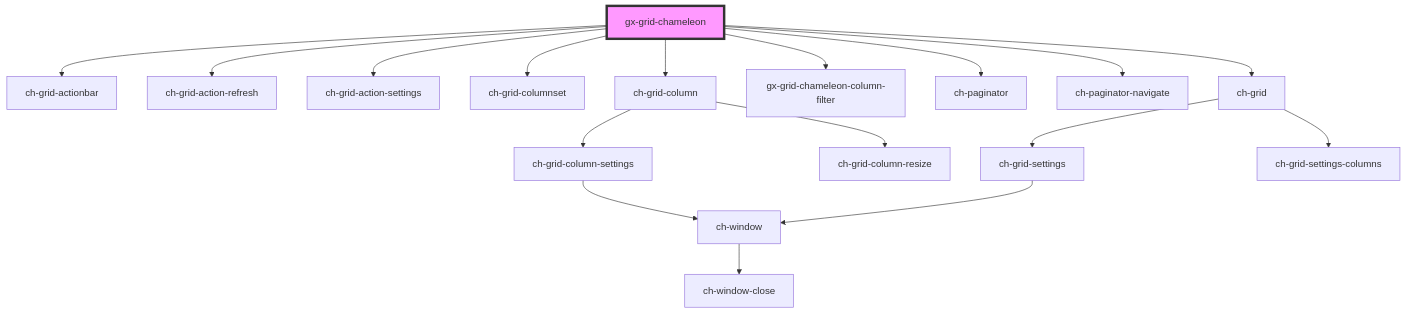
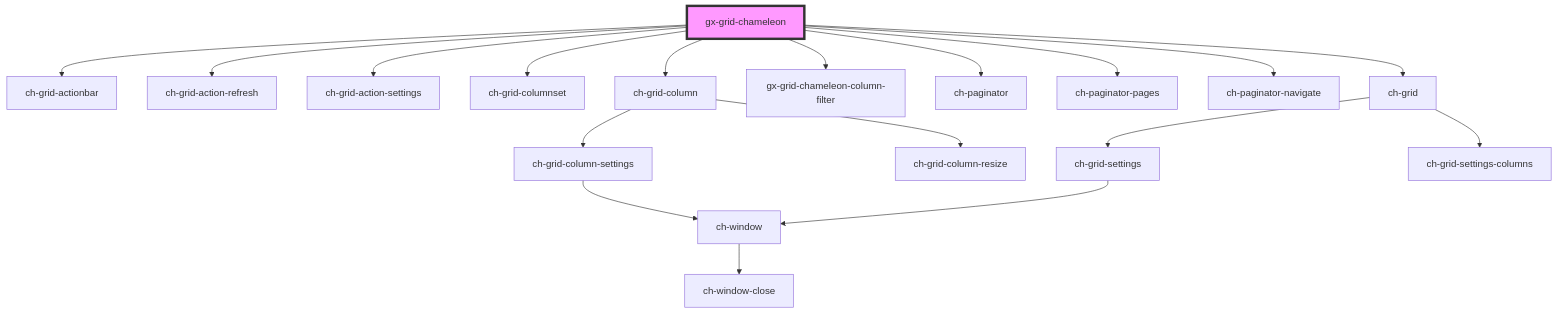
Before and after one commit to genexuslabs/chameleon-controls-library: the diagram in src/components/gx-grid/readme.md, drawn with Mermaid. The commit also changed other lines of this file and 1 other file, not shown here.

Commit message:
Add render of pages

````diff
--- a/src/components/gx-grid/readme.md
+++ b/src/components/gx-grid/readme.md
@@ -30,20 +31,21 @@
 ```mermaid
 graph TD;
   gx-grid-chameleon --> ch-grid-actionbar
   gx-grid-chameleon --> ch-grid-action-refresh
   gx-grid-chameleon --> ch-grid-action-settings
   gx-grid-chameleon --> ch-grid-columnset
   gx-grid-chameleon --> ch-grid-column
   gx-grid-chameleon --> gx-grid-chameleon-column-filter
   gx-grid-chameleon --> ch-paginator
+  gx-grid-chameleon --> ch-paginator-pages
   gx-grid-chameleon --> ch-paginator-navigate
   gx-grid-chameleon --> ch-grid
   ch-grid-column --> ch-grid-column-settings
   ch-grid-column --> ch-grid-column-resize
   ch-grid-column-settings --> ch-window
   ch-window --> ch-window-close
   ch-grid --> ch-grid-settings
   ch-grid --> ch-grid-settings-columns
   ch-grid-settings --> ch-window
   style gx-grid-chameleon fill:#f9f,stroke:#333,stroke-width:4px
 ```
````
